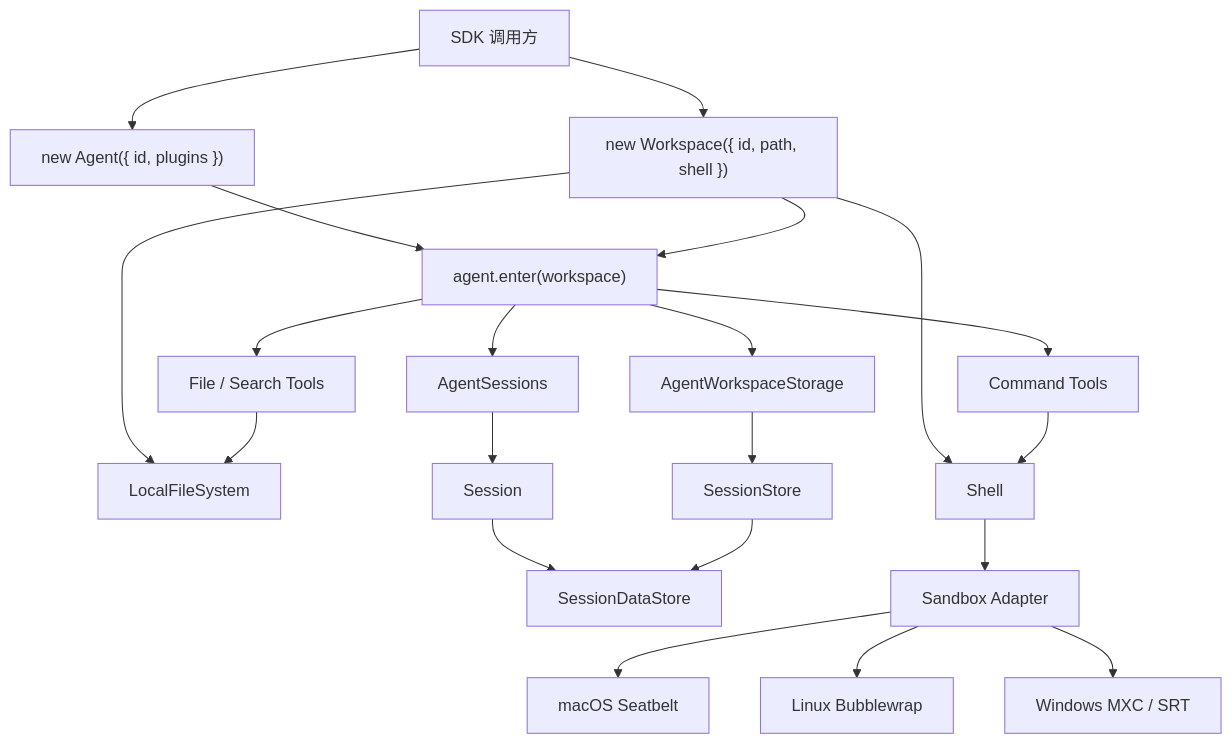
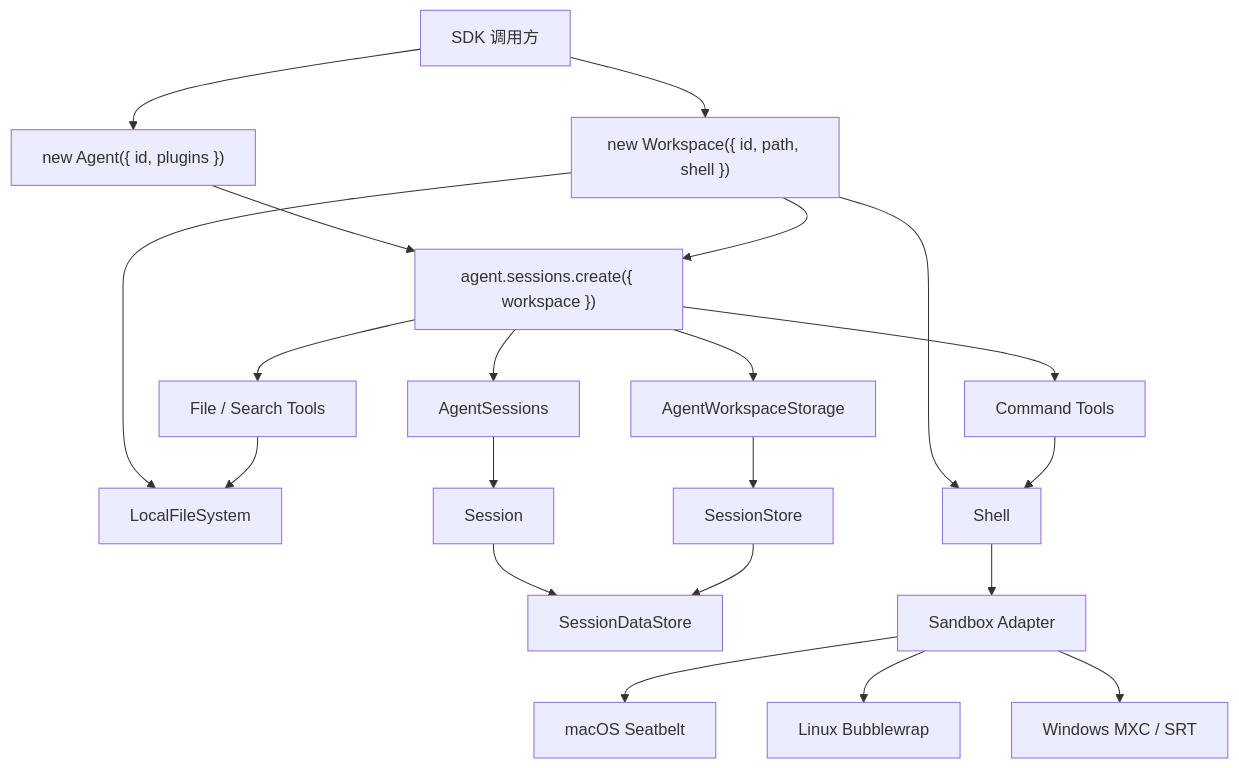
Before and after one commit to genesiscosmos/downcity: the first of 2 diagrams in docs/agent-runtime-architecture.md, drawn with Mermaid. The commit also changed other lines of this file and 4 other files, not shown here.

````diff
--- a/docs/agent-runtime-architecture.md
+++ b/docs/agent-runtime-architecture.md
@@ -241,27 +241,27 @@
 ```mermaid
 flowchart TD
     App["SDK 调用方"] --> Workspace["new Workspace({ id, path, shell })"]
     App --> Agent["new Agent({ id, plugins })"]
-    Agent --> AgentWorkspace["agent.enter(workspace)"]
+    Agent --> AgentWorkspace["agent.sessions.create({ workspace })"]
     Workspace --> AgentWorkspace
     Workspace --> Files["LocalFileSystem"]
     Workspace --> Shell["Shell"]
     AgentWorkspace --> Storage["AgentWorkspaceStorage"]
     Storage --> Store["SessionStore"]
     AgentWorkspace --> Sessions["AgentSessions"]
 
     Sessions --> Session["Session"]
     Session --> SessionDataStore["SessionDataStore"]
     Store --> SessionDataStore
 
     AgentWorkspace --> FileTools["File / Search Tools"]
     FileTools --> Files
 
     AgentWorkspace --> ShellTools["Command Tools"]
     ShellTools --> Shell
     Shell --> Sandbox["Sandbox Adapter"]
 
     Sandbox --> Mac["macOS Seatbelt"]
     Sandbox --> Linux["Linux Bubblewrap"]
     Sandbox --> Windows["Windows MXC / SRT"]
 ```
````
